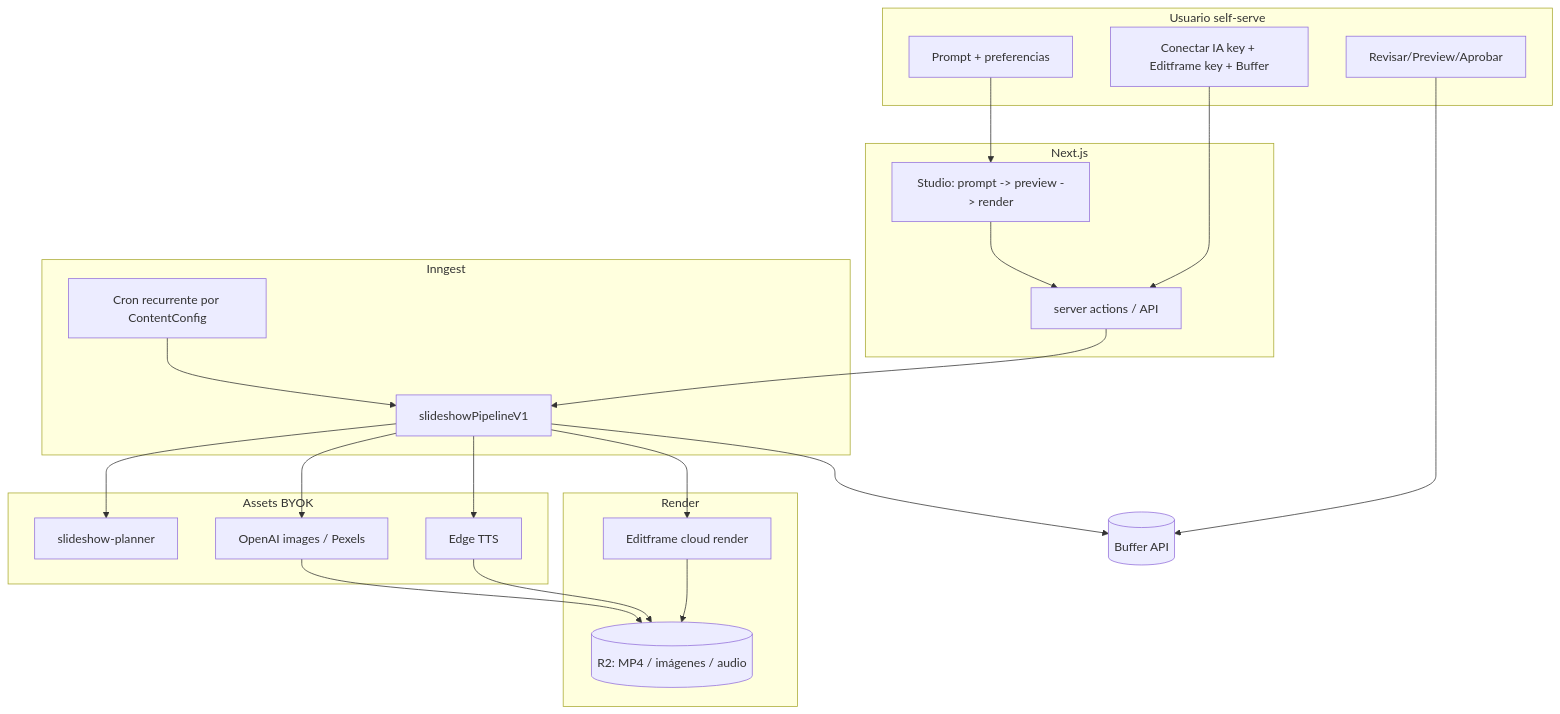
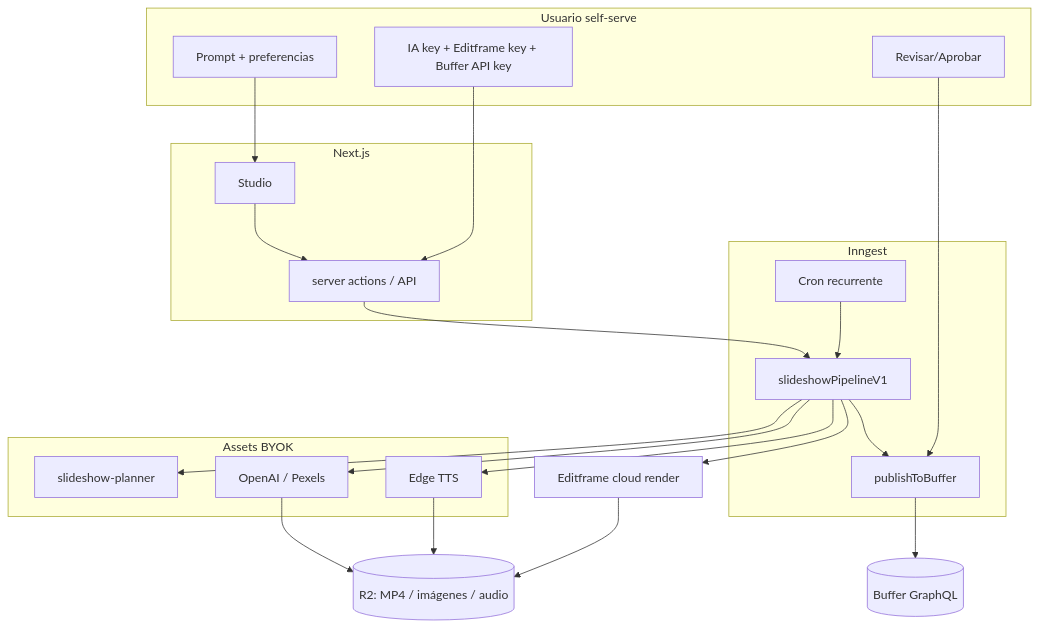
Before and after one commit to LuigiRaffaeleSianoCanoro/FabricaDeContenido: the diagram in docs/PRODUCT_PLAN.md, drawn with Mermaid. The commit also changed other lines of this file and 1 other file, not shown here.

Commit message:
docs: Phase 3 (Buffer GraphQL BYOK publishing) complete; update .env.example

````diff
--- a/docs/PRODUCT_PLAN.md
+++ b/docs/PRODUCT_PLAN.md
@@ -98,35 +91,34 @@
 ```mermaid
 flowchart TB
   subgraph user [Usuario self-serve]
     Prompt[Prompt + preferencias]
-    Connect[Conectar IA key + Editframe key + Buffer]
-    Review[Revisar/Preview/Aprobar]
+    Connect[IA key + Editframe key + Buffer API key]
+    Review[Revisar/Aprobar]
   end
   subgraph app [Next.js]
-    Studio[Studio: prompt -> preview -> render]
+    Studio[Studio]
     API[server actions / API]
   end
   subgraph orch [Inngest]
-    Cron[Cron recurrente por ContentConfig]
+    Cron[Cron recurrente]
     Pipe[slideshowPipelineV1]
+    Pub[publishToBuffer]
   end
   subgraph assets [Assets BYOK]
     Plan2[slideshow-planner]
-    Img[OpenAI images / Pexels]
+    Img[OpenAI / Pexels]
     TTS[Edge TTS]
   end
-  subgraph render [Render]
-    EF[Editframe cloud render]
-    R2[(R2: MP4 / imágenes / audio)]
-  end
-  Buffer[(Buffer API)]
+  EF[Editframe cloud render]
+  R2[(R2: MP4 / imágenes / audio)]
+  Buffer[(Buffer GraphQL)]
   Prompt --> Studio --> API --> Pipe
   Connect --> API
   Cron --> Pipe
   Pipe --> Plan2
   Pipe --> Img --> R2
   Pipe --> TTS --> R2
   Pipe --> EF --> R2
-  Pipe --> Buffer
-  Review --> Buffer
+  Pipe --> Pub --> Buffer
+  Review --> Pub
 ```
````
